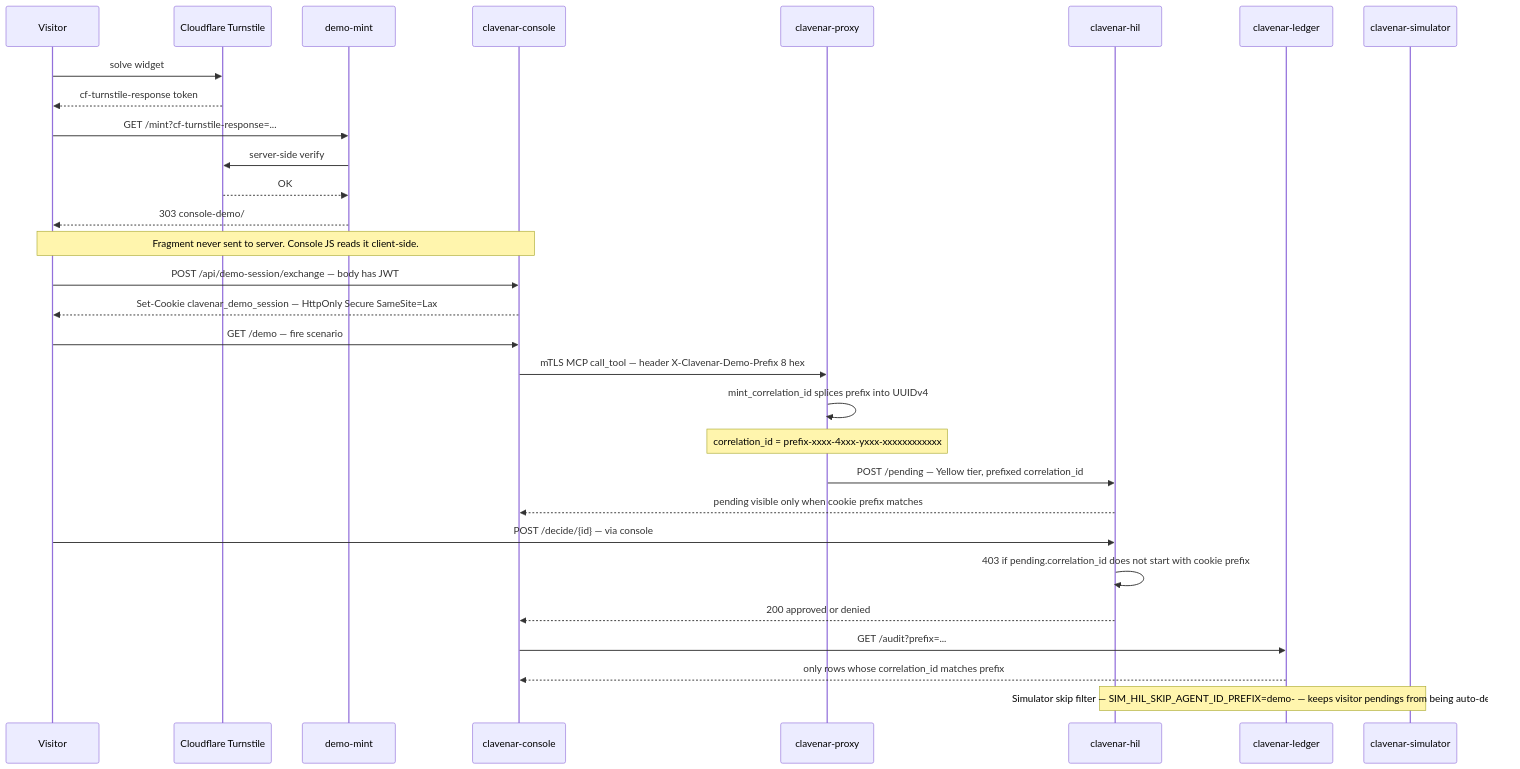
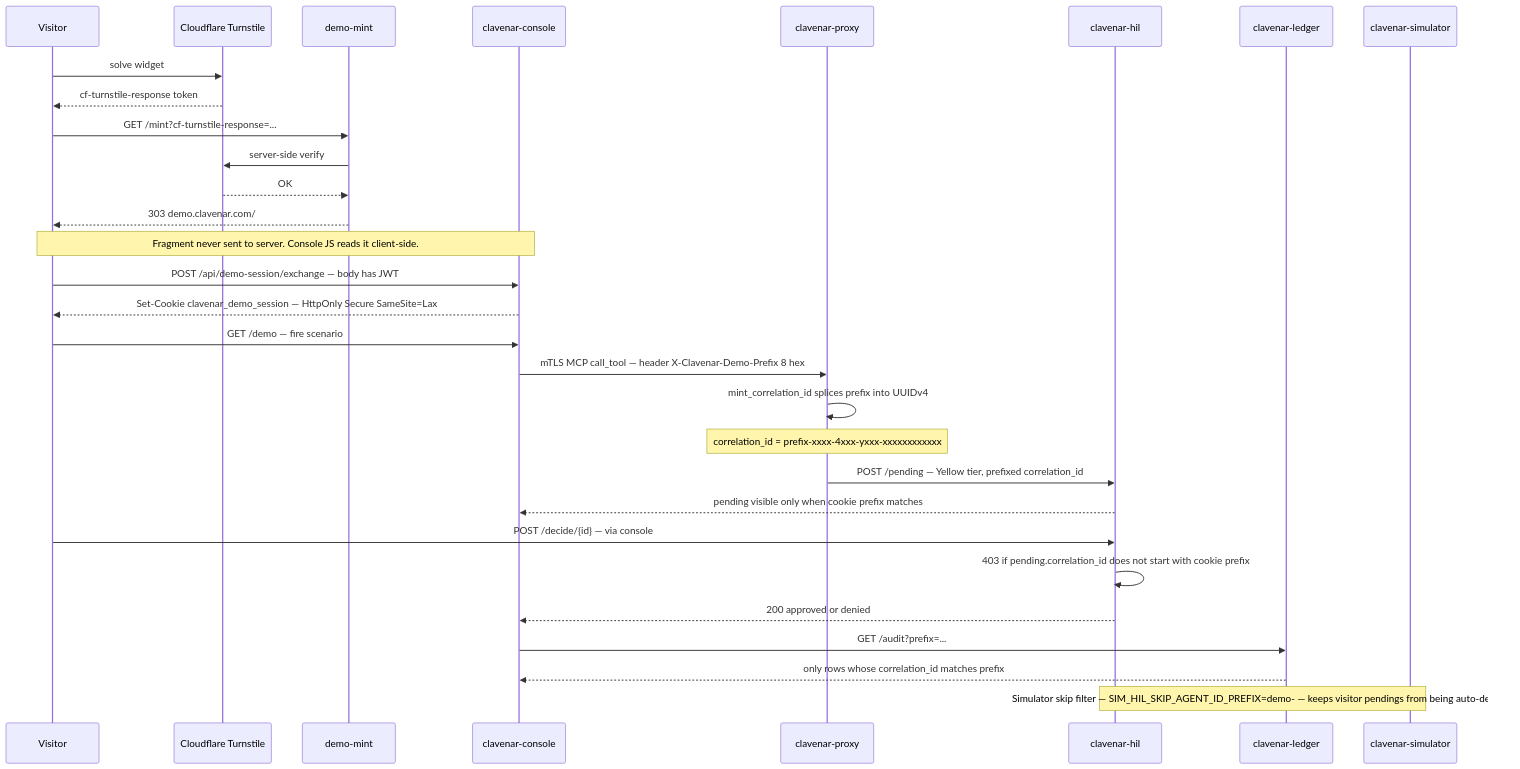
The fourth of 5 diagrams in docs/ARCHITECTURE.md (clavenar/clavenar-specs), drawn with Mermaid before and after one commit. The commit also changed other lines of this file and 1 other file, not shown here.

Commit message:
document console hostname landing

````diff
--- a/docs/ARCHITECTURE.md
+++ b/docs/ARCHITECTURE.md
@@ -225,33 +226,33 @@
 ```mermaid
 sequenceDiagram
   participant Visitor
   participant TS as Cloudflare Turnstile
   participant Mint as demo-mint
   participant Console as clavenar-console
   participant Proxy as clavenar-proxy
   participant HIL as clavenar-hil
   participant Ledger as clavenar-ledger
   participant Sim as clavenar-simulator
 
   Visitor->>TS: solve widget
   TS-->>Visitor: cf-turnstile-response token
   Visitor->>Mint: GET /mint?cf-turnstile-response=...
   Mint->>TS: server-side verify
   TS-->>Mint: OK
-  Mint-->>Visitor: 303 console-demo/#token=<HS256 JWT — prefix, sub, exp, iat>
+  Mint-->>Visitor: 303 demo.clavenar.com/#token=<HS256 JWT — prefix, sub, exp, iat>
   Note over Visitor,Console: Fragment never sent to server. Console JS reads it client-side.
   Visitor->>Console: POST /api/demo-session/exchange — body has JWT
   Console-->>Visitor: Set-Cookie clavenar_demo_session — HttpOnly Secure SameSite=Lax
   Visitor->>Console: GET /demo — fire scenario
   Console->>Proxy: mTLS MCP call_tool — header X-Clavenar-Demo-Prefix 8 hex
   Proxy->>Proxy: mint_correlation_id splices prefix into UUIDv4
   Note over Proxy: correlation_id = prefix-xxxx-4xxx-yxxx-xxxxxxxxxxxx
   Proxy->>HIL: POST /pending — Yellow tier, prefixed correlation_id
   HIL-->>Console: pending visible only when cookie prefix matches
   Visitor->>HIL: POST /decide/{id} — via console
   HIL->>HIL: 403 if pending.correlation_id does not start with cookie prefix
   HIL-->>Console: 200 approved or denied
   Console->>Ledger: GET /audit?prefix=...
   Ledger-->>Console: only rows whose correlation_id matches prefix
   Note over Sim,HIL: Simulator skip filter — SIM_HIL_SKIP_AGENT_ID_PREFIX=demo- — keeps visitor pendings from being auto-decided
 ```
````
